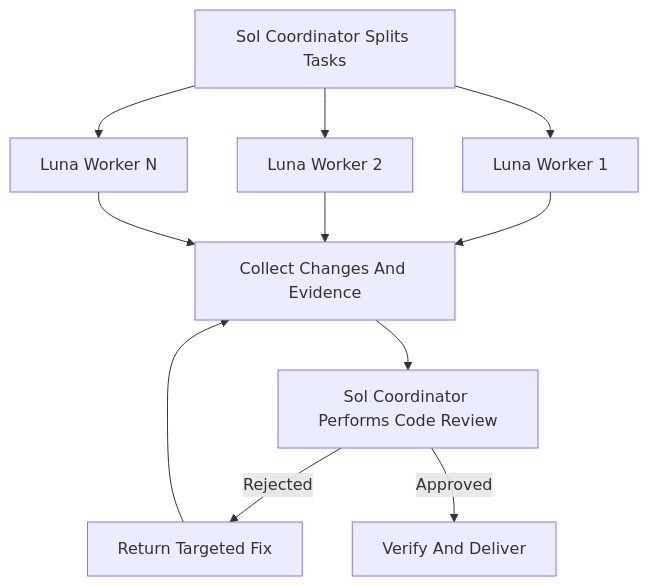
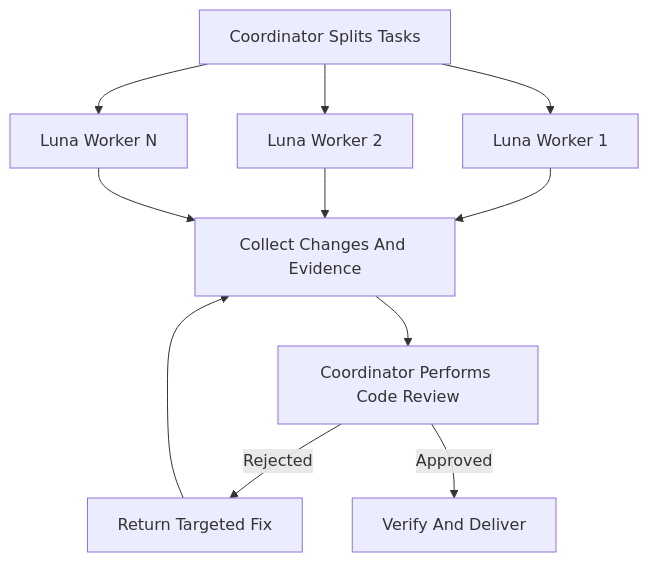
One commit to hanjeahwan/common-skills changed the diagram in .agents/skills/codex-luna-swarm/SKILL.md. Above: the diagram before and after it, drawn with Mermaid. The commit also changed other lines of this file and 7 other files, not shown here.

````diff
--- a/.agents/skills/codex-luna-swarm/SKILL.md
+++ b/.agents/skills/codex-luna-swarm/SKILL.md
@@ -10,13 +10,13 @@
 ```mermaid
 flowchart TD
-    S[Sol Coordinator Splits Tasks] --> L1[Luna Worker 1]
+    S[Coordinator Splits Tasks] --> L1[Luna Worker 1]
     S --> L2[Luna Worker 2]
     S --> LN[Luna Worker N]
     L1 --> G[Collect Changes And Evidence]
     L2 --> G
     LN --> G
-    G --> R[Sol Coordinator Performs Code Review]
+    G --> R[Coordinator Performs Code Review]
     R -->|Rejected| F[Return Targeted Fix]
     F --> G
     R -->|Approved| V[Verify And Deliver]
 ```
````
